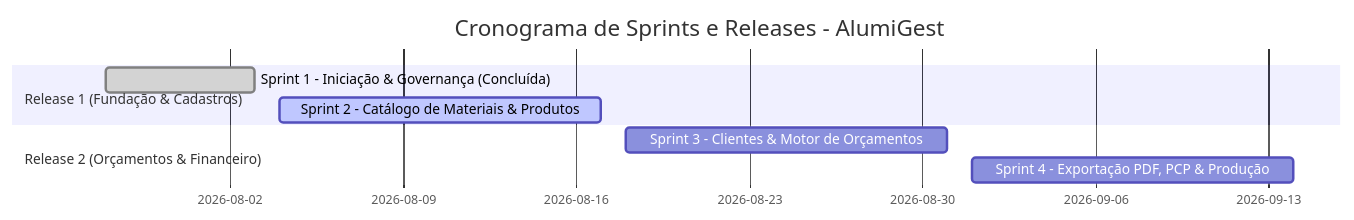
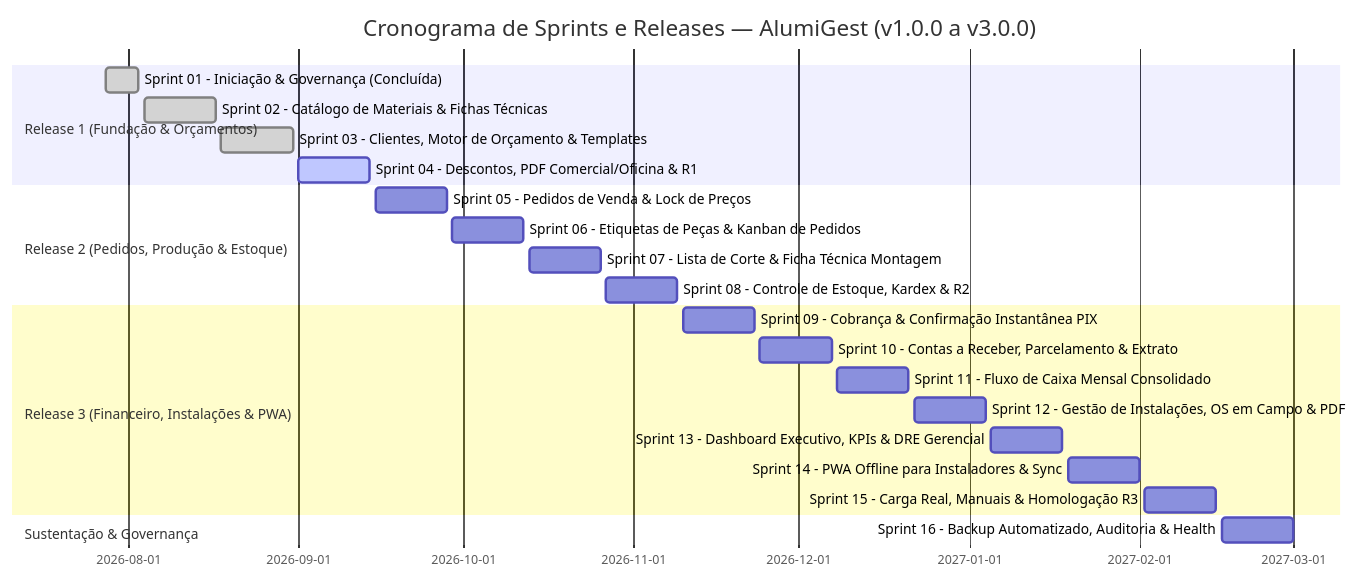
Before and after one commit to ADS-IFPB-SR/alumigest: the diagram in docs/sistema/000-requisitos/PBL-Product_Backlog.md, drawn with Mermaid. The commit also changed other lines of this file and 1 other file, not shown here.

````diff
--- a/docs/sistema/000-requisitos/PBL-Product_Backlog.md
+++ b/docs/sistema/000-requisitos/PBL-Product_Backlog.md
@@ -10,11 +13,25 @@
 ```mermaid
 gantt
-    title Cronograma de Sprints e Releases - AlumiGest
+    title Cronograma de Sprints e Releases — AlumiGest (v1.0.0 a v3.0.0)
     dateFormat  YYYY-MM-DD
-    section Release 1 (Fundação & Cadastros)
-    Sprint 1 - Iniciação & Governança (Concluída) :done, s1, 2026-07-28, 2026-08-03
-    Sprint 2 - Catálogo de Materiais & Produtos   :active, s2, 2026-08-04, 2026-08-17
-    section Release 2 (Orçamentos & Financeiro)
-    Sprint 3 - Clientes & Motor de Orçamentos           :s3, 2026-08-18, 2026-08-31
-    Sprint 4 - Exportação PDF, PCP & Produção          :s4, 2026-09-01, 2026-09-14
+    section Release 1 (Fundação & Orçamentos)
+    Sprint 01 - Iniciação & Governança (Concluída)        :done, s1, 2026-07-28, 2026-08-03
+    Sprint 02 - Catálogo de Materiais & Fichas Técnicas   :done, s2, 2026-08-04, 2026-08-17
+    Sprint 03 - Clientes, Motor de Orçamento & Templates  :done, s3, 2026-08-18, 2026-08-31
+    Sprint 04 - Descontos, PDF Comercial/Oficina & R1     :active, s4, 2026-09-01, 2026-09-14
+    section Release 2 (Pedidos, Produção & Estoque)
+    Sprint 05 - Pedidos de Venda & Lock de Preços         :s5, 2026-09-15, 2026-09-28
+    Sprint 06 - Etiquetas de Peças & Kanban de Pedidos     :s6, 2026-09-29, 2026-10-12
+    Sprint 07 - Lista de Corte & Ficha Técnica Montagem   :s7, 2026-10-13, 2026-10-26
+    Sprint 08 - Controle de Estoque, Kardex & R2          :s8, 2026-10-27, 2026-11-09
+    section Release 3 (Financeiro, Instalações & PWA)
+    Sprint 09 - Cobrança & Confirmação Instantânea PIX    :s9, 2026-11-10, 2026-11-23
+    Sprint 10 - Contas a Receber, Parcelamento & Extrato  :s10, 2026-11-24, 2026-12-07
+    Sprint 11 - Fluxo de Caixa Mensal Consolidado         :s11, 2026-12-08, 2026-12-21
+    Sprint 12 - Gestão de Instalações, OS em Campo & PDF  :s12, 2026-12-22, 2027-01-04
+    Sprint 13 - Dashboard Executivo, KPIs & DRE Gerencial :s13, 2027-01-05, 2027-01-18
+    Sprint 14 - PWA Offline para Instaladores & Sync      :s14, 2027-01-19, 2027-02-01
+    Sprint 15 - Carga Real, Manuais & Homologação R3      :s15, 2027-02-02, 2027-02-15
+    section Sustentação & Governança
+    Sprint 16 - Backup Automatizado, Auditoria & Health   :s16, 2027-02-16, 2027-03-01
 ```
````
